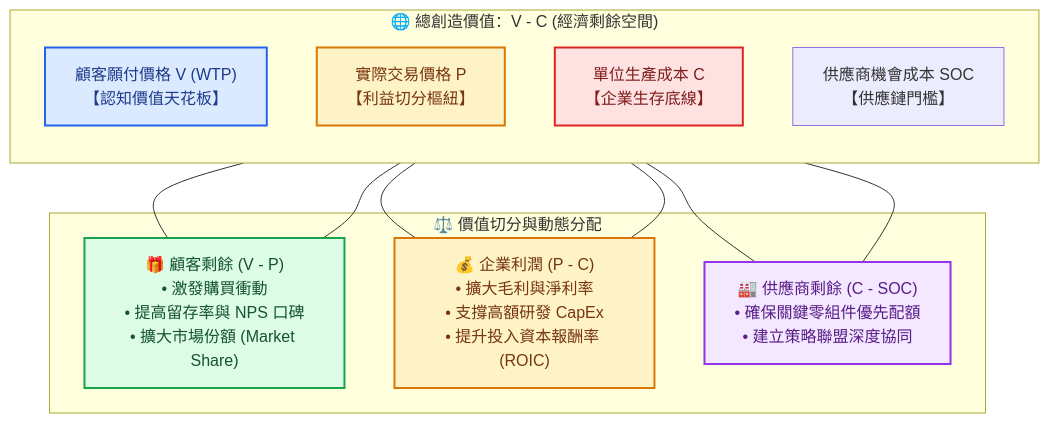
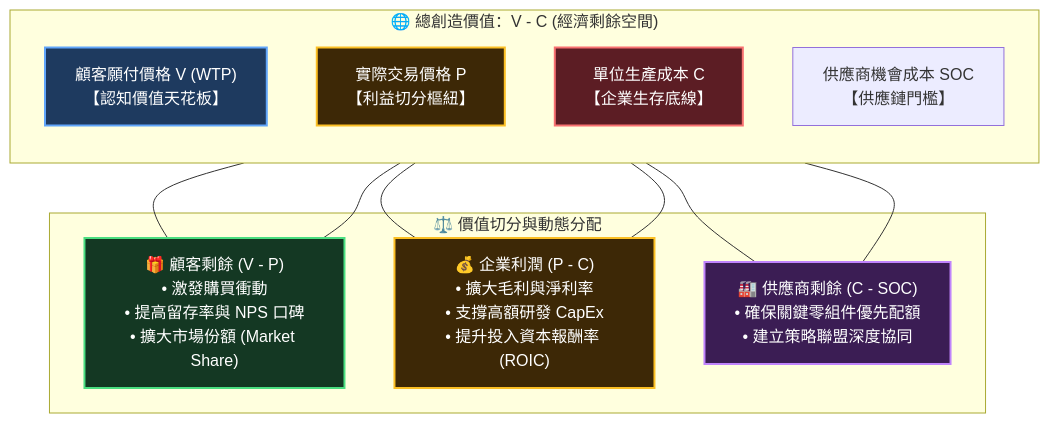
Before and after one commit to Jimlin0428/my-digital-garden: the first of 5 diagrams in src/site/notes/98_商業概念庫/vpc-value-price-cost_價值價格成本分析.md, drawn with Mermaid. The commit also changed other lines of this file and 58 other files, not shown here.

````diff
--- a/src/site/notes/98_商業概念庫/vpc-value-price-cost_價值價格成本分析.md
+++ b/src/site/notes/98_商業概念庫/vpc-value-price-cost_價值價格成本分析.md
@@ -70,27 +70,27 @@
 ```mermaid
 flowchart TD
     subgraph TotalCreated ["🌐 總創造價值：V - C (經濟剩餘空間)"]
         direction TB
         V["顧客願付價格 V (WTP)<br>【認知價值天花板】"]
         P["實際交易價格 P<br>【利益切分樞紐】"]
         C["單位生產成本 C<br>【企業生存底線】"]
         SOC["供應商機會成本 SOC<br>【供應鏈門檻】"]
     end
 
     subgraph Allocation ["⚖️ 價值切分與動態分配"]
         CS["🎁 顧客剩餘 (V - P)<br>• 激發購買衝動<br>• 提高留存率與 NPS 口碑<br>• 擴大市場份額 (Market Share)"]
         FP["💰 企業利潤 (P - C)<br>• 擴大毛利與淨利率<br>• 支撐高額研發 CapEx<br>• 提升投入資本報酬率 (ROIC)"]
         SS["🏭 供應商剩餘 (C - SOC)<br>• 確保關鍵零組件優先配額<br>• 建立策略聯盟深度協同"]
     end
 
     V --- CS --- P
     P --- FP --- C
     C --- SS --- SOC
 
-    style V fill:#dbeafe,stroke:#2563eb,stroke-width:2px,color:#1e3a8a
-    style P fill:#fef3c7,stroke:#d97706,stroke-width:2px,color:#78350f
-    style C fill:#fee2e2,stroke:#dc2626,stroke-width:2px,color:#7f1d1d
-    style CS fill:#dcfce7,stroke:#16a34a,stroke-width:2px,color:#14532d
-    style FP fill:#fef3c7,stroke:#d97706,stroke-width:2px,color:#78350f
-    style SS fill:#f3e8ff,stroke:#9333ea,stroke-width:2px,color:#581c87
+    style V fill:#1e3a5f,stroke:#60a5fa,stroke-width:2px,color:#ffffff
+    style P fill:#3d2806,stroke:#fbbf24,stroke-width:2px,color:#ffffff
+    style C fill:#5c1d24,stroke:#f87171,stroke-width:2px,color:#ffffff
+    style CS fill:#143823,stroke:#4ade80,stroke-width:2px,color:#ffffff
+    style FP fill:#3d2806,stroke:#fbbf24,stroke-width:2px,color:#ffffff
+    style SS fill:#3b1d54,stroke:#c084fc,stroke-width:2px,color:#ffffff
 ```
````
